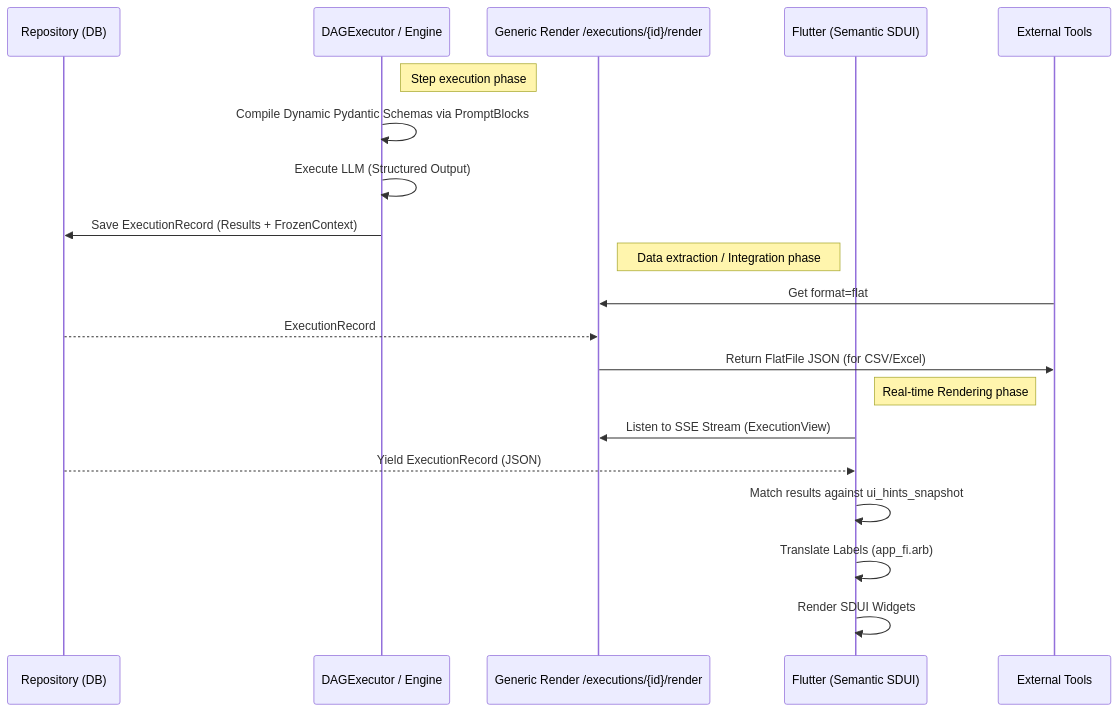
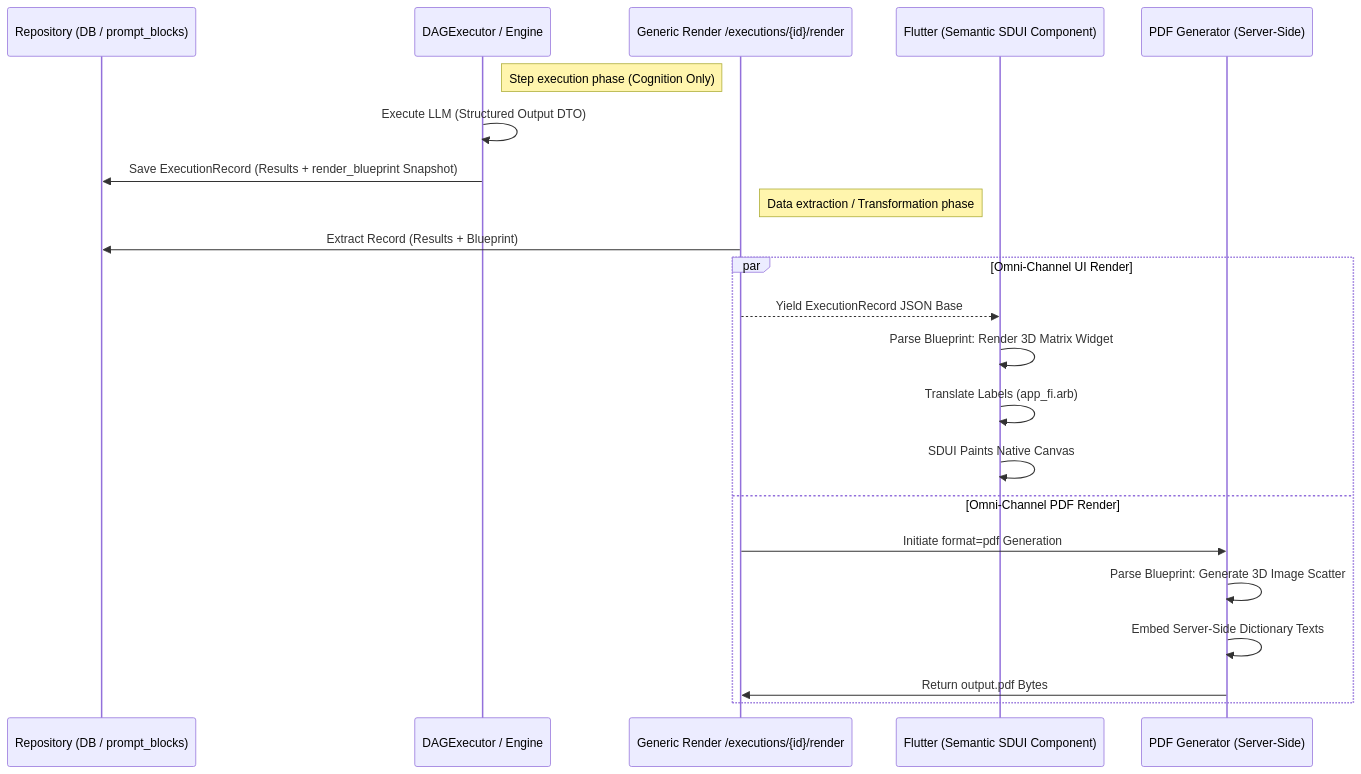
One commit to launis/quorum changed the diagram in docs/output_generation_pipeline.md. Above: the diagram before and after it, drawn with Mermaid. The commit also changed other lines of this file and 19 other files, not shown here.

Commit message:
feat: Introduce V6.0 output generation pipeline with dynamic SDUI blueprints for flexible, zero-deploy UI rendering.

````diff
--- a/docs/output_generation_pipeline.md
+++ b/docs/output_generation_pipeline.md
@@ -88,25 +173,27 @@
 ```mermaid
 sequenceDiagram
-    participant DB as Repository (DB)
+    participant DB as Repository (DB / prompt_blocks)
     participant E as DAGExecutor / Engine
     participant Rend as Generic Render /executions/{id}/render
-    participant UI as Flutter (Semantic SDUI)
-    participant EXT as External Tools
+    participant UI as Flutter (Semantic SDUI Component)
+    participant PDF as PDF Generator (Server-Side)
 
-    note right of E: Step execution phase
-    E->>E: Compile Dynamic Pydantic Schemas via PromptBlocks
-    E->>E: Execute LLM (Structured Output)
-    E->>DB: Save ExecutionRecord (Results + FrozenContext)
+    note right of E: Step execution phase (Cognition Only)
+    E->>E: Execute LLM (Structured Output DTO)
+    E->>DB: Save ExecutionRecord (Results + render_blueprint Snapshot)
     
-    note right of Rend: Data extraction / Integration phase
-    EXT->>Rend: Get format=flat
-    DB-->>Rend: ExecutionRecord
-    Rend->>EXT: Return FlatFile JSON (for CSV/Excel)
-
-    note right of UI: Real-time Rendering phase
-    UI->>Rend: Listen to SSE Stream (ExecutionView)
-    DB-->>UI: Yield ExecutionRecord (JSON)
-    UI->>UI: Match results against ui_hints_snapshot
-    UI->>UI: Translate Labels (app_fi.arb)
-    UI->>UI: Render SDUI Widgets
+    note right of Rend: Data extraction / Transformation phase
+    Rend->>DB: Extract Record (Results + Blueprint)
+    
+    par Omni-Channel UI Render
+        Rend-->>UI: Yield ExecutionRecord JSON Base
+        UI->>UI: Parse Blueprint: Render 3D Matrix Widget
+        UI->>UI: Translate Labels (app_fi.arb)
+        UI->>UI: SDUI Paints Native Canvas
+    and Omni-Channel PDF Render
+        Rend->>PDF: Initiate format=pdf Generation
+        PDF->>PDF: Parse Blueprint: Generate 3D Image Scatter
+        PDF->>PDF: Embed Server-Side Dictionary Texts
+        PDF->>Rend: Return output.pdf Bytes
+    end
 ```
````
